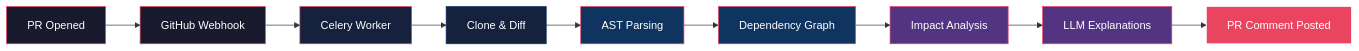
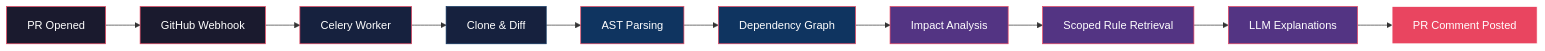
Before and after one commit to Manas-33/prism: the diagram in README.md, drawn with Mermaid. The commit also changed other lines of this file and 2 other files, not shown here.

````diff
--- a/README.md
+++ b/README.md
@@ -34,21 +35,23 @@
 ```mermaid
 graph LR
     A[PR Opened] --> B[GitHub Webhook]
     B --> C[Celery Worker]
     C --> D[Clone & Diff]
     D --> E[AST Parsing]
     E --> F[Dependency Graph]
     F --> G[Impact Analysis]
-    G --> H[LLM Explanations]
+    G --> R[Scoped Rule Retrieval]
+    R --> H[LLM Explanations]
     H --> I[PR Comment Posted]
 
     style A fill:#1a1a2e,stroke:#e94560,color:#fff
     style B fill:#1a1a2e,stroke:#e94560,color:#fff
     style C fill:#16213e,stroke:#e94560,color:#fff
     style D fill:#16213e,stroke:#0f3460,color:#fff
     style E fill:#0f3460,stroke:#e94560,color:#fff
     style F fill:#0f3460,stroke:#e94560,color:#fff
     style G fill:#533483,stroke:#e94560,color:#fff
+    style R fill:#533483,stroke:#e94560,color:#fff
     style H fill:#533483,stroke:#e94560,color:#fff
     style I fill:#e94560,stroke:#fff,color:#fff
 ```
````
